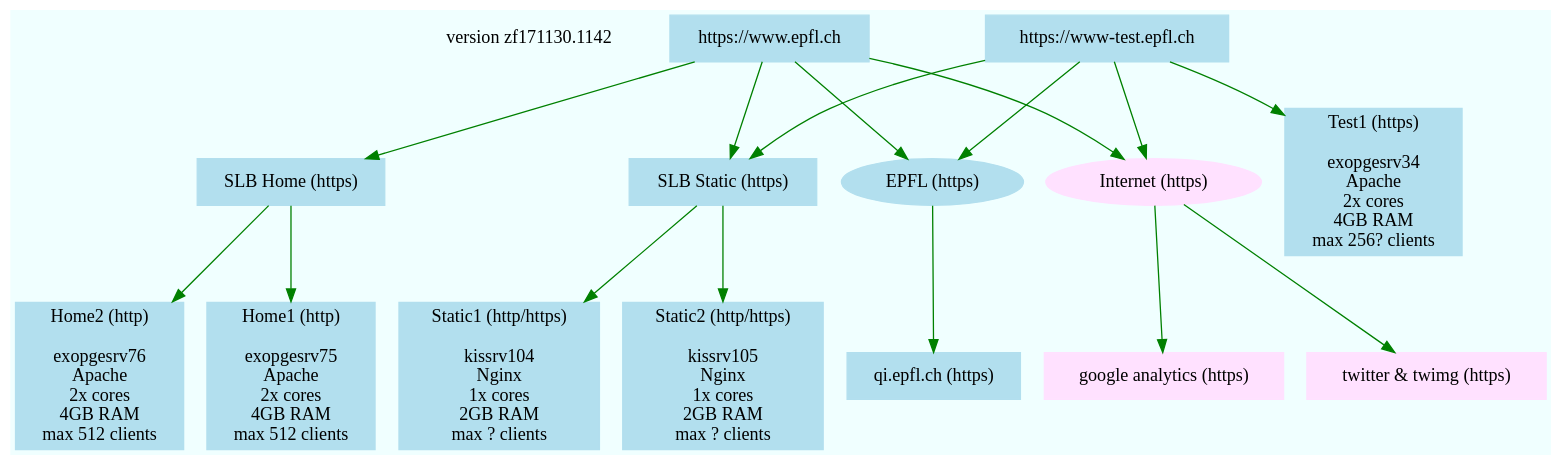
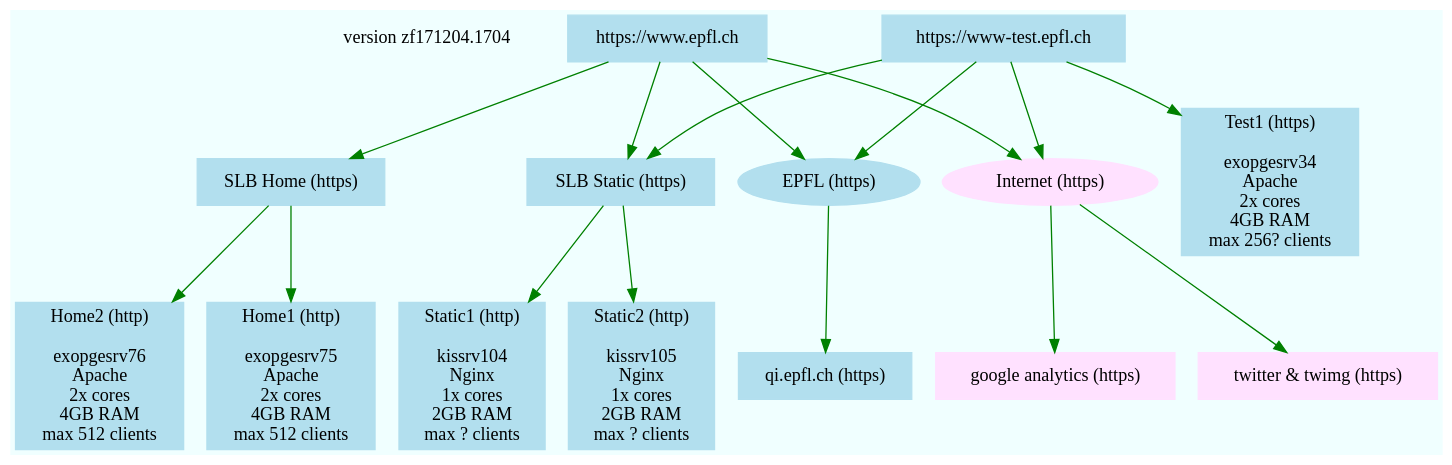
The diagram in projets/www_epfl/infra_www.epfl.ch.dot (epfl-sdf/elk_log), drawn with Graphviz before and after one commit. The commit also changed 1 other file, not shown here.

```diff
--- a/projets/www_epfl/infra_www.epfl.ch.dot
+++ b/projets/www_epfl/infra_www.epfl.ch.dot
@@ -1,29 +1,29 @@
 digraph G {
         bgcolor=azure;
         node [shape=box, color=lightblue2, style=filled];
         edge [arrowsize=1, color=green];
         version;
-        version [label="version zf171130.1142", shape= plaintext, style= ""];
+        version [label="version zf171204.1704", shape= plaintext, style= ""];
 
         www -> {SLB_Home; SLB_Static; EPFL; Internet;}
         www_test -> {Test1; SLB_Static; EPFL; Internet;}
         SLB_Home -> {Home1; Home2;}
         SLB_Static -> {Static1; Static2;}
         EPFL -> {qi;}
         Internet -> {google; twitter;}
 
         www [label="https://www.epfl.ch"];
         www_test [label="https://www-test.epfl.ch"];
         SLB_Home [label="SLB Home (https)"];
         SLB_Static [label="SLB Static (https)"];
         EPFL [label="EPFL (https)", shape= ellipse];
         Internet [label="Internet (https)", shape= ellipse, color=thistle1];
         Home1 [label="Home1 (http)\n\nexopgesrv75\nApache\n2x cores\n4GB RAM\nmax 512 clients"];
         Home2 [label="Home2 (http)\n\nexopgesrv76\nApache\n2x cores\n4GB RAM\nmax 512 clients"];
-        Static1 [label="Static1 (http/https)\n\nkissrv104\nNginx\n1x cores\n2GB RAM\nmax ? clients"];
-        Static2 [label="Static2 (http/https)\n\nkissrv105\nNginx\n1x cores\n2GB RAM\nmax ? clients"];
+        Static1 [label="Static1 (http)\n\nkissrv104\nNginx\n1x cores\n2GB RAM\nmax ? clients"];
+        Static2 [label="Static2 (http)\n\nkissrv105\nNginx\n1x cores\n2GB RAM\nmax ? clients"];
         qi [label="qi.epfl.ch (https)"];
         twitter [label="twitter & twimg (https)", color=thistle1];
         google [label="google analytics (https)", color=thistle1];
         Test1 [label="Test1 (https)\n\nexopgesrv34\nApache\n2x cores\n4GB RAM\nmax 256? clients"];
 }
```
